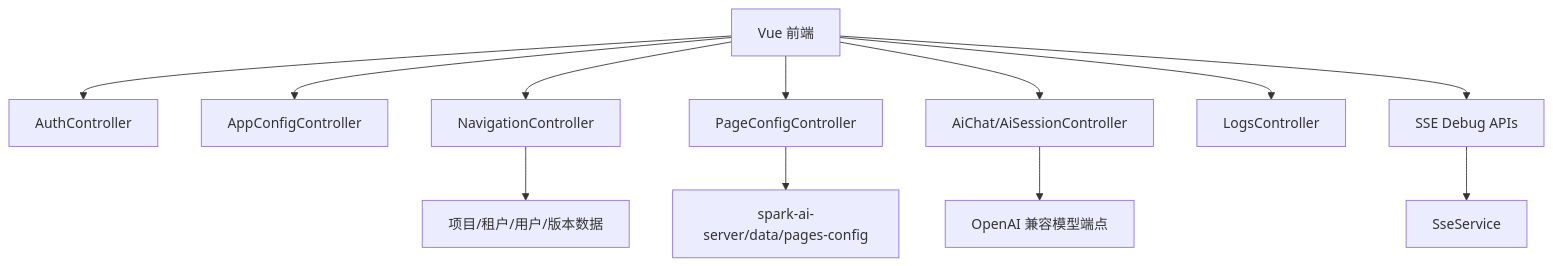
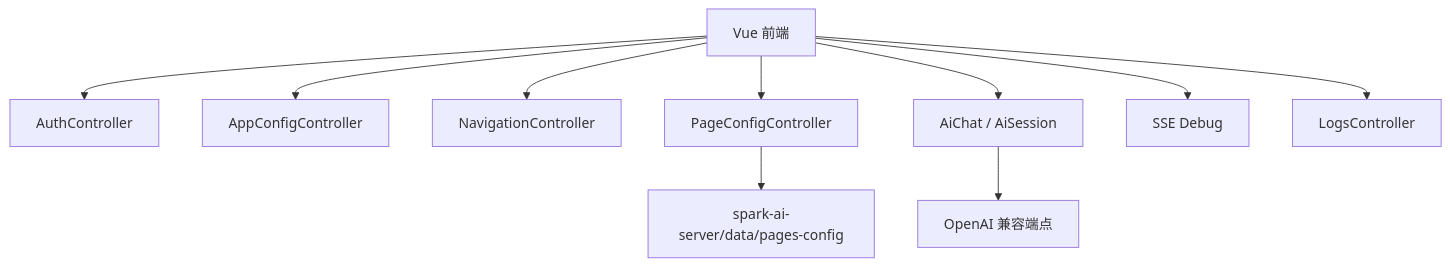
Diagram 14 of 16 in docs/SPARK_VIEW_PROJECT_DEEP_DIVE_ZH.md (LMSpark/spark-view-vue), drawn with Mermaid before and after one commit. The commit also changed other lines of this file and 120 other files, not shown here.

````diff
--- a/docs/SPARK_VIEW_PROJECT_DEEP_DIVE_ZH.md
+++ b/docs/SPARK_VIEW_PROJECT_DEEP_DIVE_ZH.md
@@ -574,16 +637,23 @@
 ```mermaid
 flowchart TB
   FE["Vue 前端"]
-  FE --> Auth["AuthController"]
-  FE --> Config["AppConfigController"]
-  FE --> Nav["NavigationController"]
-  FE --> Page["PageConfigController"]
-  FE --> AI["AiChat/AiSessionController"]
-  FE --> Logs["LogsController"]
-  FE --> Debug["SSE Debug APIs"]
+  Auth["AuthController"]
+  Config["AppConfigController"]
+  Nav["NavigationController"]
+  Page["PageConfigController"]
+  AI["AiChat / AiSession"]
+  Debug["SSE Debug"]
+  Logs["LogsController"]
+  Storage["spark-ai-server/data/pages-config"]
+  LLM["OpenAI 兼容端点"]
 
-  Page --> DataDir["spark-ai-server/data/pages-config"]
-  Nav --> DB["项目/租户/用户/版本数据"]
-  AI --> OpenAI["OpenAI 兼容模型端点"]
-  Debug --> SSE["SseService"]
+  FE --> Auth
+  FE --> Config
+  FE --> Nav
+  FE --> Page
+  FE --> AI
+  FE --> Debug
+  FE --> Logs
+  Page --> Storage
+  AI --> LLM
 ```
````
